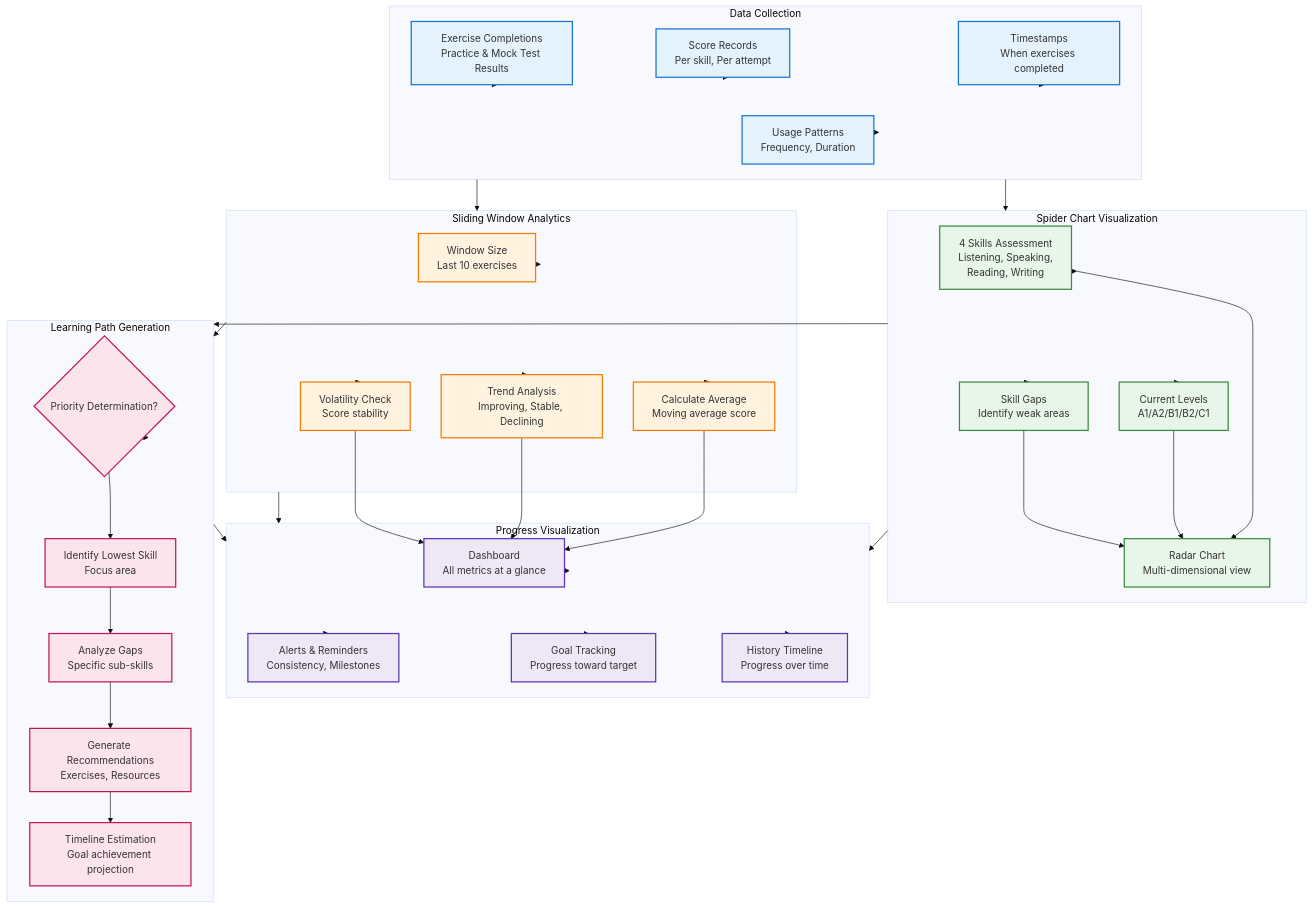
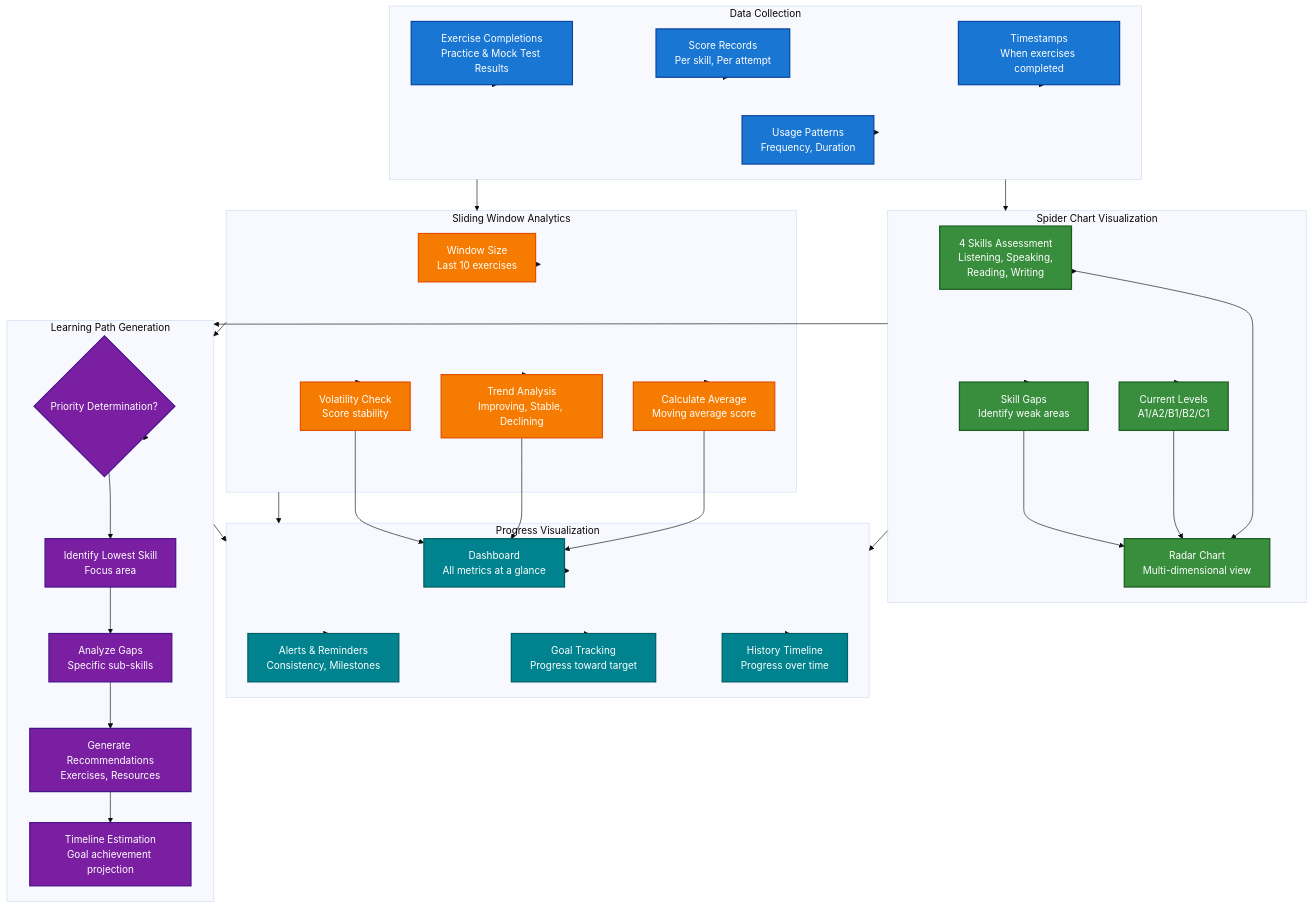
One commit to nghyane/VSTEP changed the seventh of 8 diagrams in docs/capstone/diagrams/flow-diagrams.md. Above: the diagram before and after it, drawn with Mermaid (base theme). The commit also changed other lines of this file, not shown here.

First line of the commit message:
docs: update Mermaid diagram colors for better GitHub contrast

```diff
--- a/docs/capstone/diagrams/flow-diagrams.md
+++ b/docs/capstone/diagrams/flow-diagrams.md
@@ -591,11 +591,11 @@
     Visualization --> alerts
 
     %% Styling
-    classDef data fill:#e3f2fd,stroke:#1976d2,stroke-width:2px
-    classDef spider fill:#e8f5e9,stroke:#388e3c,stroke-width:2px
-    classDef sliding fill:#fff3e0,stroke:#f57c00,stroke-width:2px
-    classDef path fill:#fce4ec,stroke:#c2185b,stroke-width:2px
-    classDef viz fill:#ede7f6,stroke:#5e35b1,stroke-width:2px
+    classDef data fill:#1976d2,stroke:#0d47a1,stroke-width:2px,color:#fff
+    classDef spider fill:#388e3c,stroke:#1b5e20,stroke-width:2px,color:#fff
+    classDef sliding fill:#f57c00,stroke:#e65100,stroke-width:2px,color:#fff
+    classDef path fill:#7b1fa2,stroke:#4a148c,stroke-width:2px,color:#fff
+    classDef viz fill:#00838f,stroke:#006064,stroke-width:2px,color:#fff
 
     class exercises,scores,timestamps,patterns data
     class skills,levels,gaps,radar spider
```
